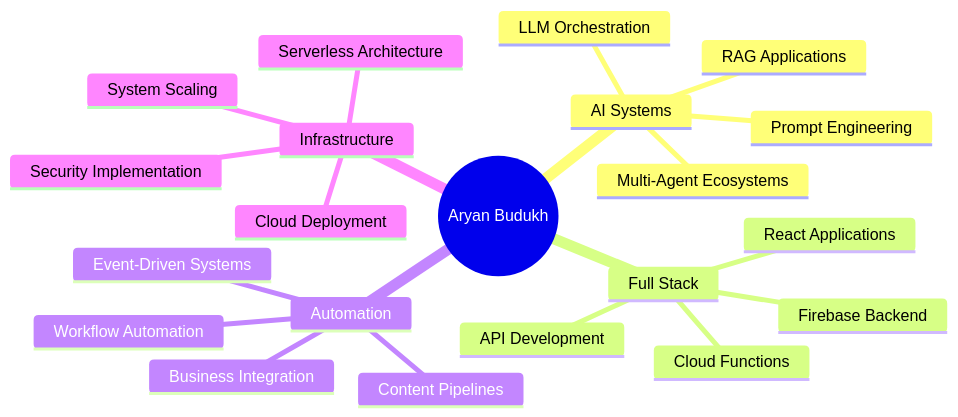
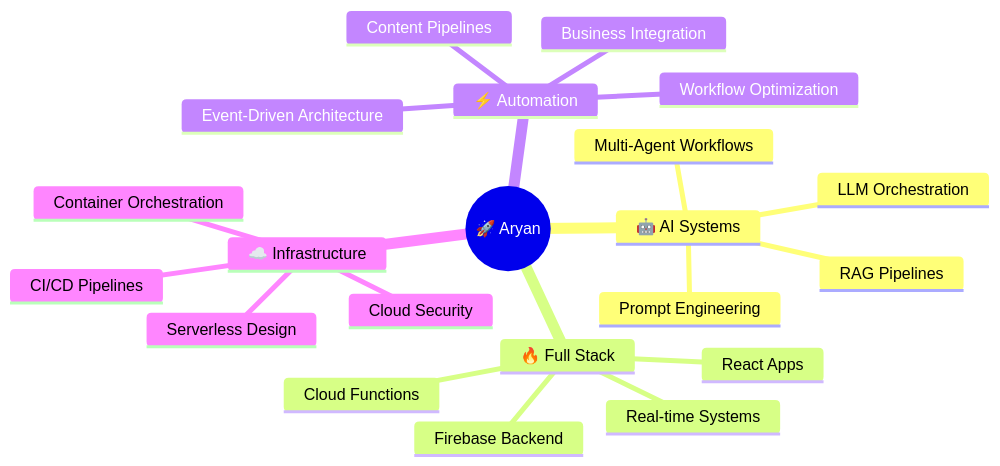
Before and after one commit to SKULLFIRE07/SKULLFIRE07: the diagram in README.md, drawn with Mermaid. The commit also changed other lines of this file, not shown here.

````diff
--- a/README.md
+++ b/README.md
@@ -335,24 +252,24 @@
 ```mermaid
 mindmap
-  root((Aryan Budukh))
-    AI Systems
-      Multi-Agent Ecosystems
+  root((🚀 Aryan))
+    🤖 AI Systems
+      Multi-Agent Workflows
       LLM Orchestration
-      RAG Applications
+      RAG Pipelines
       Prompt Engineering
-    Full Stack
-      React Applications
+    🔥 Full Stack
+      React Apps
       Firebase Backend
       Cloud Functions
-      API Development
-    Automation
-      Workflow Automation
+      Real-time Systems
+    ⚡ Automation
       Content Pipelines
       Business Integration
-      Event-Driven Systems
-    Infrastructure
-      Serverless Architecture
-      Cloud Deployment
-      System Scaling
-      Security Implementation
+      Workflow Optimization
+      Event-Driven Architecture
+    ☁️ Infrastructure
+      Serverless Design
+      Container Orchestration
+      CI/CD Pipelines
+      Cloud Security
 ```
````
